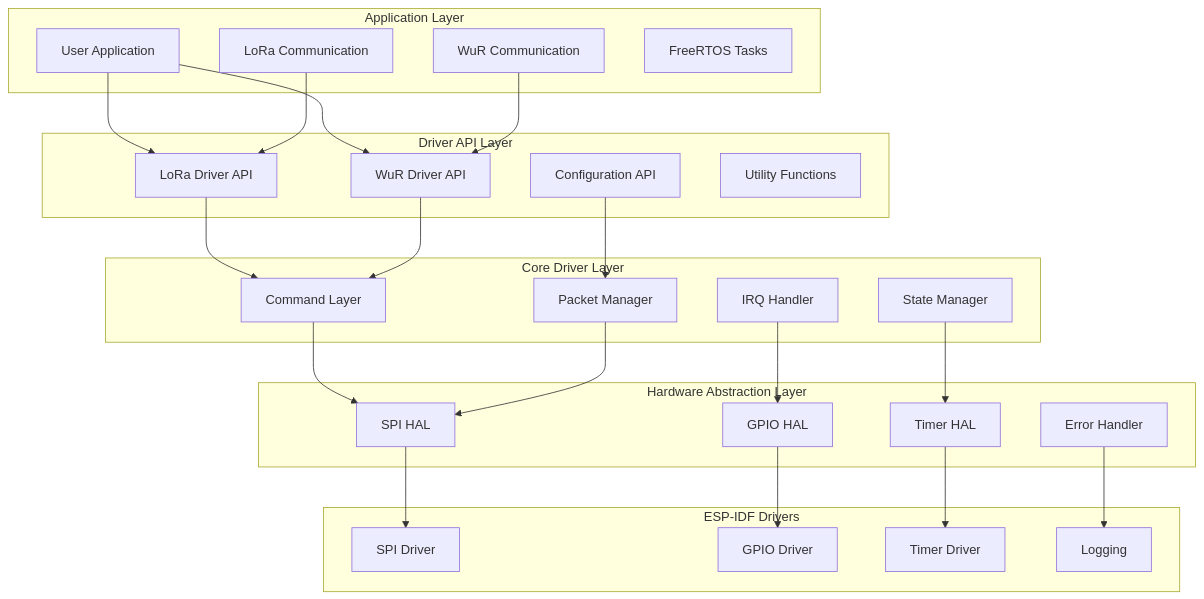
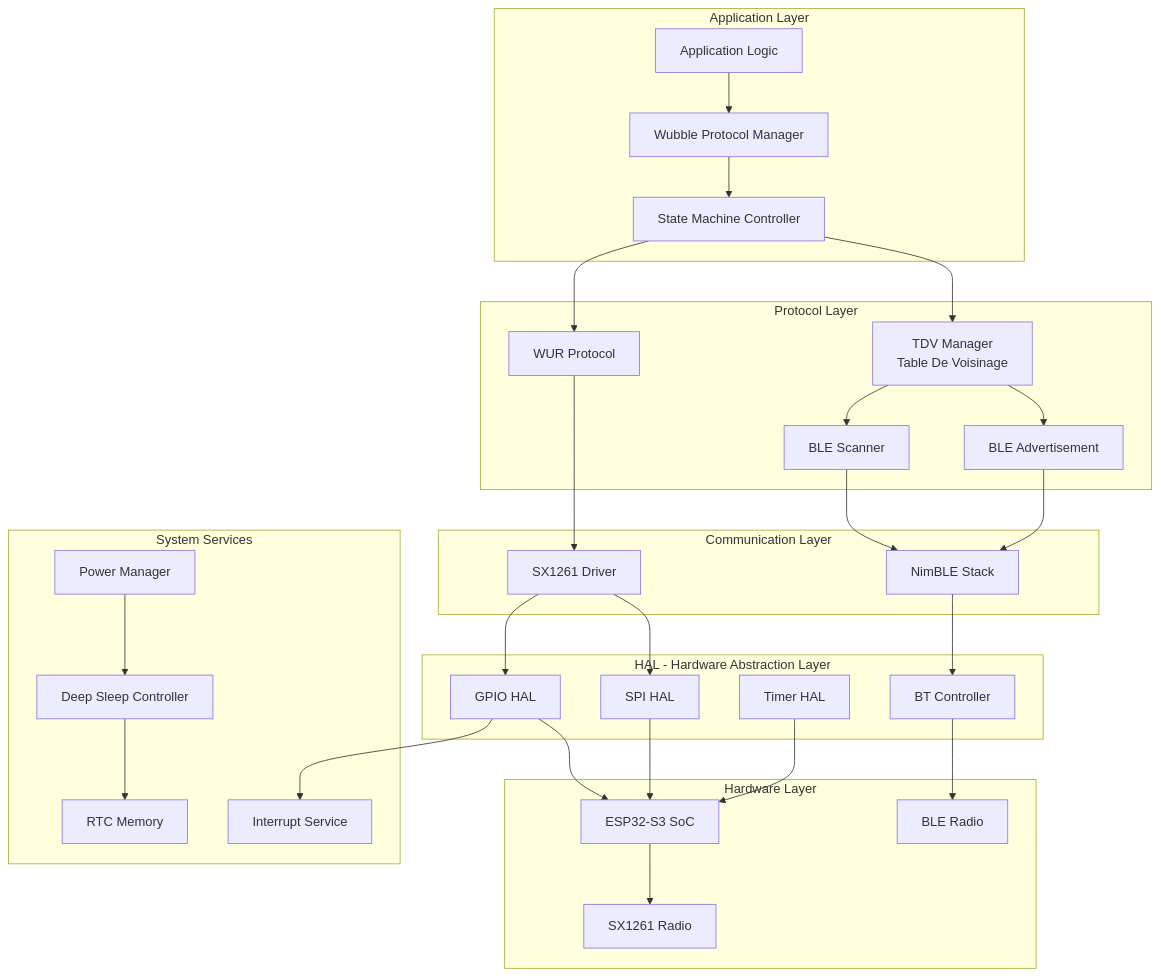
The first of 12 diagrams in README.md (kalboussik/project), drawn with Mermaid before and after one commit. The commit also changed other lines of this file and 9 other files, not shown here.

````diff
--- a/README.md
+++ b/README.md
@@ -120,56 +42,61 @@
 ```mermaid
 graph TB
-    subgraph APP["Application Layer"]
-        USER[User Application]
-        LORA_APP[LoRa Communication]
-        WUR_APP[WuR Communication]
-        TASKS[FreeRTOS Tasks]
+    subgraph "Application Layer"
+        APP[Application Logic]
+        WUBBLE[Wubble Protocol Manager]
+        SM[State Machine Controller]
     end
     
-    subgraph API["Driver API Layer"]
-        LORA_API[LoRa Driver API]
-        WUR_API[WuR Driver API]
-        CONFIG_API[Configuration API]
-        UTIL[Utility Functions]
+    subgraph "Protocol Layer"
+        TDV[TDV Manager<br/>Table De Voisinage]
+        WUR_PROTO[WUR Protocol]
+        BLE_ADV[BLE Advertisement]
+        BLE_SCAN[BLE Scanner]
     end
     
-    subgraph CORE["Core Driver Layer"]
-        CMD[Command Layer]
-        PACKET[Packet Manager]
-        IRQ[IRQ Handler]
-        STATE[State Manager]
+    subgraph "Communication Layer"
+        NIMBLE[NimBLE Stack]
+        SX1261_DRV[SX1261 Driver]
     end
     
-    subgraph HAL["Hardware Abstraction Layer"]
+    subgraph "HAL - Hardware Abstraction Layer"
         SPI_HAL[SPI HAL]
         GPIO_HAL[GPIO HAL]
         TIMER_HAL[Timer HAL]
-        ERROR[Error Handler]
+        BT_CTRL[BT Controller]
     end
     
-    subgraph DRIVERS["ESP-IDF Drivers"]
-        SPI_DRV[SPI Driver]
-        GPIO_DRV[GPIO Driver]
-        TIMER_DRV[Timer Driver]
-        LOG[Logging]
+    subgraph "System Services"
+        PM[Power Manager]
+        DS[Deep Sleep Controller]
+        RTC_MEM[RTC Memory]
+        ISR[Interrupt Service]
     end
     
-    USER --> LORA_API
-    USER --> WUR_API
-    LORA_APP --> LORA_API
-    WUR_APP --> WUR_API
+    subgraph "Hardware Layer"
+        ESP32S3[ESP32-S3 SoC]
+        SX1261_HW[SX1261 Radio]
+        BLE_HW[BLE Radio]
+    end
     
-    LORA_API --> CMD
-    WUR_API --> CMD
-    CONFIG_API --> PACKET
-    
-    CMD --> SPI_HAL
-    PACKET --> SPI_HAL
-    IRQ --> GPIO_HAL
-    STATE --> TIMER_HAL
-    
-    SPI_HAL --> SPI_DRV
-    GPIO_HAL --> GPIO_DRV
-    TIMER_HAL --> TIMER_DRV
-    ERROR --> LOG
+    APP --> WUBBLE
+    WUBBLE --> SM
+    SM --> TDV
+    SM --> WUR_PROTO
+    TDV --> BLE_ADV
+    TDV --> BLE_SCAN
+    WUR_PROTO --> SX1261_DRV
+    BLE_ADV --> NIMBLE
+    BLE_SCAN --> NIMBLE
+    SX1261_DRV --> SPI_HAL
+    SX1261_DRV --> GPIO_HAL
+    NIMBLE --> BT_CTRL
+    SPI_HAL --> ESP32S3
+    GPIO_HAL --> ESP32S3
+    TIMER_HAL --> ESP32S3
+    BT_CTRL --> BLE_HW
+    ESP32S3 --> SX1261_HW
+    PM --> DS
+    DS --> RTC_MEM
+    GPIO_HAL --> ISR
 ```
````
